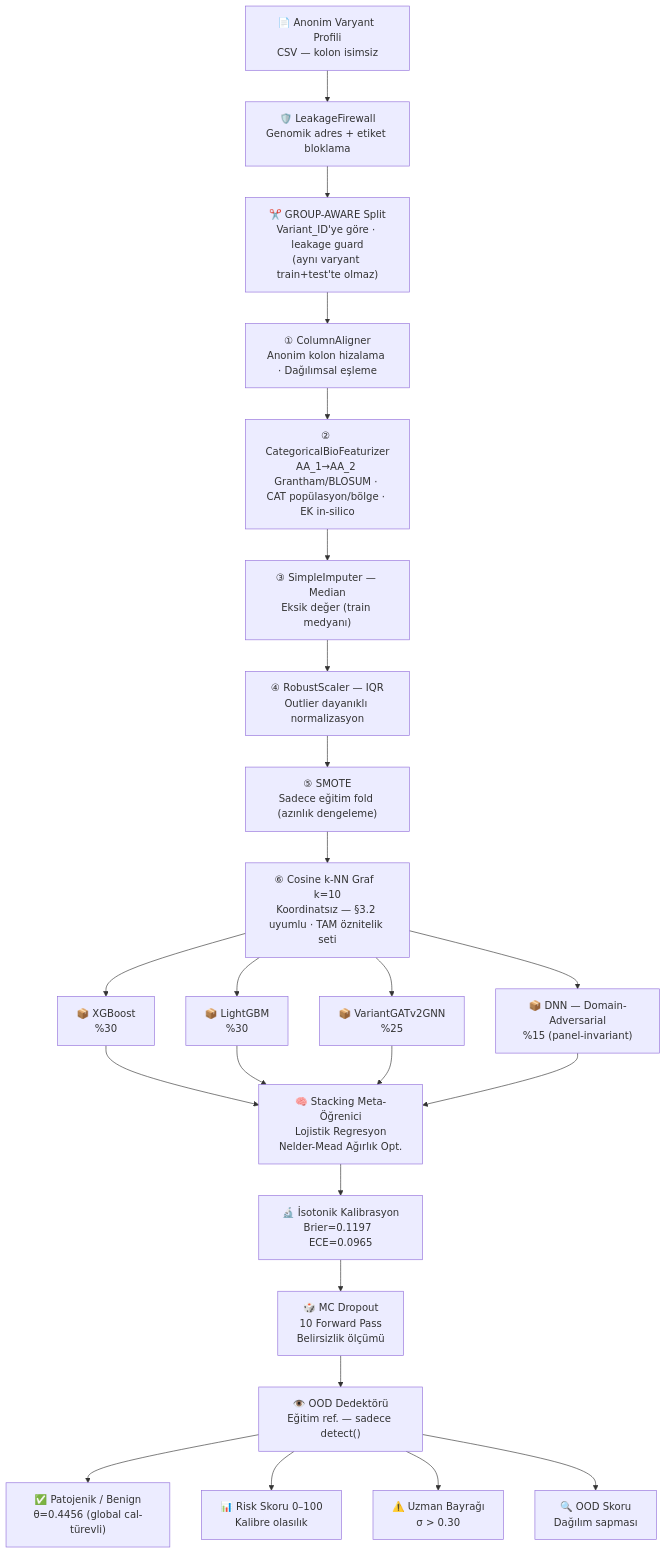
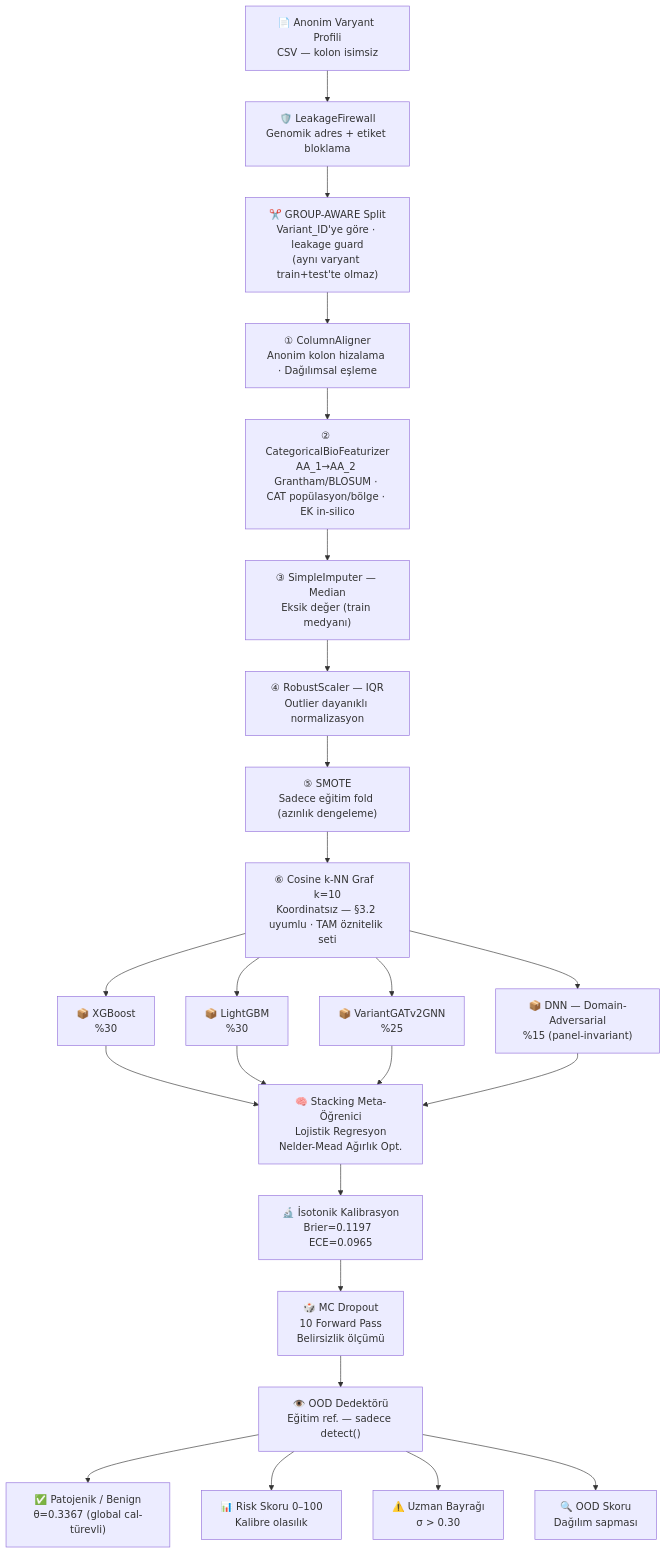
Before and after one commit to msgxr/VARIANT-GNN: the first of 16 diagrams in README.md, drawn with Mermaid. The commit also changed other lines of this file and 11 other files, not shown here.

````diff
--- a/README.md
+++ b/README.md
@@ -131,33 +131,33 @@
 ```mermaid
 flowchart TD
     A["📄 Anonim Varyant Profili\nCSV — kolon isimsiz"]
 
     A --> LFW["🛡️ LeakageFirewall\nGenomik adres + etiket bloklama"]
 
     LFW --> SPLIT["✂️ GROUP-AWARE Split\nVariant_ID'ye göre · leakage guard\n(aynı varyant train+test'te olmaz)"]
     SPLIT --> P1["① ColumnAligner\nAnonim kolon hizalama · Dağılımsal eşleme"]
     P1  --> P2["② CategoricalBioFeaturizer\nAA_1→AA_2 Grantham/BLOSUM · CAT popülasyon/bölge · EK in-silico"]
     P2  --> P3["③ SimpleImputer — Median\nEksik değer (train medyanı)"]
     P3  --> P4["④ RobustScaler — IQR\nOutlier dayanıklı normalizasyon"]
     P4  --> P6["⑤ SMOTE\nSadece eğitim fold (azınlık dengeleme)"]
     P6  --> P9["⑥ Cosine k-NN Graf  k=10\nKoordinatsız — §3.2 uyumlu · TAM öznitelik seti"]
 
     P9 --> M1["📦 XGBoost\n%30"]
     P9 --> M2["📦 LightGBM\n%30"]
     P9 --> M3["📦 VariantGATv2GNN\n%25"]
     P9 --> M4["📦 DNN — Domain-Adversarial\n%15 (panel-invariant)"]
 
     M1 --> ST["🧠 Stacking Meta-Öğrenici\nLojistik Regresyon\nNelder-Mead Ağırlık Opt."]
     M2 --> ST
     M3 --> ST
     M4 --> ST
 
     ST --> ISO["🔬 İsotonik Kalibrasyon\nBrier=0.1197  ECE=0.0965"]
     ISO --> MCD["🎲 MC Dropout\n10 Forward Pass\nBelirsizlik ölçümü"]
     MCD --> OOD["👁️ OOD Dedektörü\nEğitim ref. — sadece detect()"]
 
-    OOD --> O1["✅ Patojenik / Benign\nθ=0.4456 (global cal-türevli)"]
+    OOD --> O1["✅ Patojenik / Benign\nθ=0.3367 (global cal-türevli)"]
     OOD --> O2["📊 Risk Skoru 0–100\nKalibre olasılık"]
     OOD --> O3["⚠️ Uzman Bayrağı\nσ > 0.30"]
     OOD --> O4["🔍 OOD Skoru\nDağılım sapması"]
 ```
````
